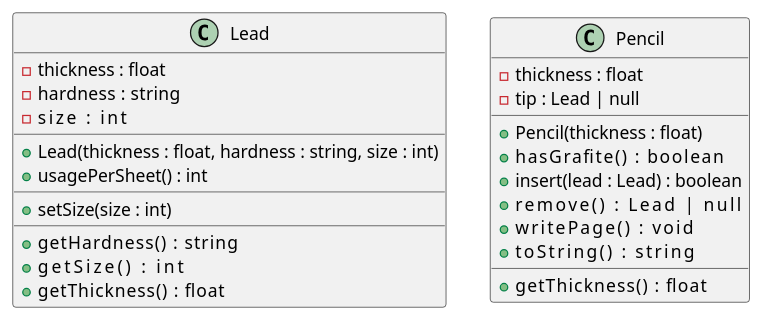
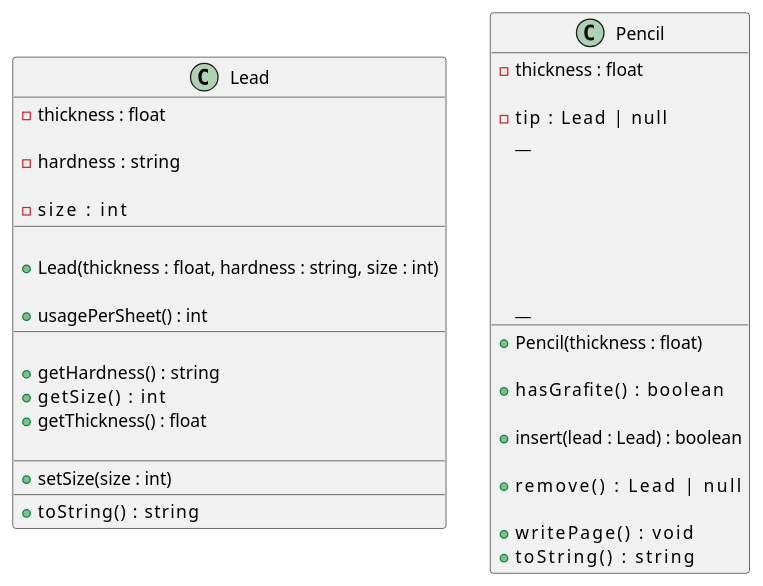
Before and after one commit to qxcodepoo/arcade: the diagram in base/004/.cache/Readme.md, drawn with PlantUML. The commit also changed 22 other files, not shown here.

````diff
--- a/base/004/.cache/Readme.md
+++ b/base/004/.cache/Readme.md
@@ -48,56 +48,78 @@
 ```plantuml
+' Grafite
 class Lead {
-  - thickness : float
-  - hardness  : string
-  - size      : int
-  __
-  '
-  ' inicializa os atributos do grafite
-  + Lead(thickness : float, hardness : string, size : int)
-  '
-  ' retorna o gasto em milímetros para uma página escrita
-  ' 1mm para HB
-  ' 2mm para 2B
-  ' 4mm para 4B
-  ' 6mm para 6B
-  + usagePerSheet() : int
-  __
-  + setSize(size : int)
-  __
-  + getHardness()      : string
-  + getSize()          : int
-  + getThickness()     : float
+    ' calibre do grafite
+    - thickness : float
+    
+    ' dureza do grafite HB, 2B, 4B, 6B
+    - hardness  : string
+
+    ' tamanho do grafite em milímetros
+    - size      : int
+    __
+  
+    ' inicializa os atributos do grafite
+    + Lead(thickness : float, hardness : string, size : int)
+    
+    ' gastoPorFolha
+    ' retorna o gasto em milímetros para uma página escrita
+    ' 1mm para HB
+    ' 2mm para 2B
+    ' 4mm para 4B
+    ' 6mm para 6B
+    + usagePerSheet() : int
+    __
+    
+    ' apenas os métodos get
+    + getHardness()  : string
+    + getSize()      : int
+    + getThickness() : float
+
+    __
+    + setSize(size : int)
+    __
+    + toString()      : string
 }
 
+
 class Pencil {
-  - thickness : float
-  - tip : Lead | null
-  __
-  '
-  ' inicializa os atributos da lapiseira
-  ' lembre de inicializar tip como null
-  + Pencil(thickness : float)
-  '
-  ' retorna true se tem grafite na lapiseira
-  + hasGrafite()        : boolean
-  '
-  ' verifica se ja tem grafite
-  ' verifica se o grafite tem espessura compatível
-  ' insere o grafite na lapiseira
-  + insert(lead : Lead) : boolean
-  '
-  ' se houver grafite, remove e retorna o grafite
-  ' se nao houver grafite, retorna null
-  + remove()            : Lead | null
-  '
-  ' verifica se tem grafite
-  ' verifica se tem mais de 10mm
-  ' se tiver menos que o necessário para página, escreve parcialmente
-  ' se tiver mais que o necessário para página, escreve totalmente
-  + writePage()         : void
-  '
-  + toString()          : string
-  __
-  + getThickness()      : float
+    
+    ' calibre da lapiseira
+    - thickness : float
+
+    ' guarda o grafite que está na ponta da lapiseira
+    ' um valor nulo indica que a lapiseira está sem grafite
+    - tip       : Lead | null
+    __
+
+    ' inicializa os atributos da lapiseira
+    ' tip para null
+    + Pencil(thickness : float)
+    
+    ' retorna true se tem grafite na lapiseira
+    + hasGrafite()        : boolean
+    
+    ' insere o grafite na lapiseira
+    ' verifica se ja tem grafite
+    ' verifica se o grafite tem calibre compatível
+    + insert(lead : Lead) : boolean
+    
+    ' remove o grafite da ponta
+    ' verifica se existe grafite na ponta
+    ' retorna o grafite removido
+    ' ou null se não tinha grafite
+    ' remover significa colocar o atributo tip para null
+    + remove()            : Lead | null
+
+    ' escreve na folha gastando o grafite
+    ' verifica se existe grafite na ponta
+    ' tenta diminuir o tamanho do grafite 
+    '   utilizando os métodos getSize() e setSize()
+    '   escrever uma folha gasta tip.usagePerSheet() mm
+    ' verifica se existe tamanho para escrever a folha inteira
+    + writePage()         : void
+    
+    __
+    + toString()          : string
 }
 ```
````
